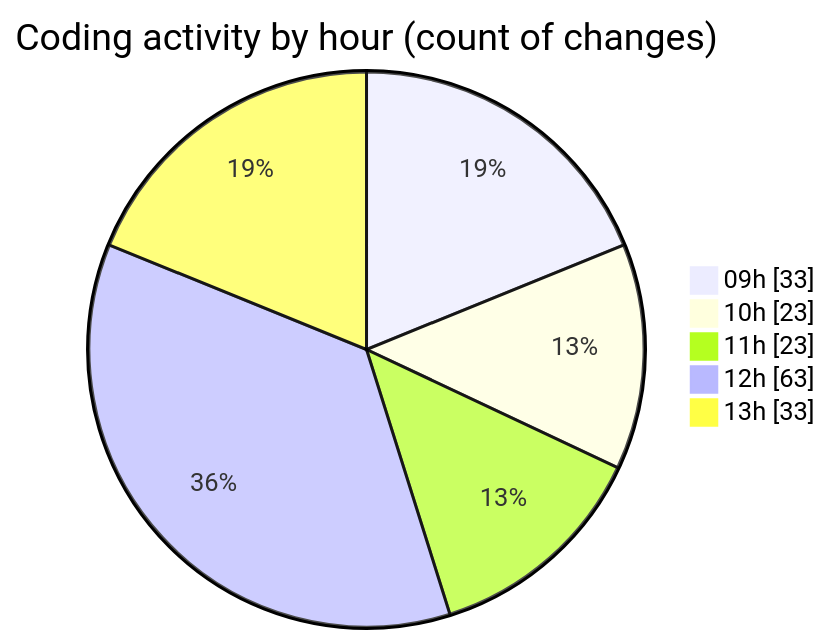
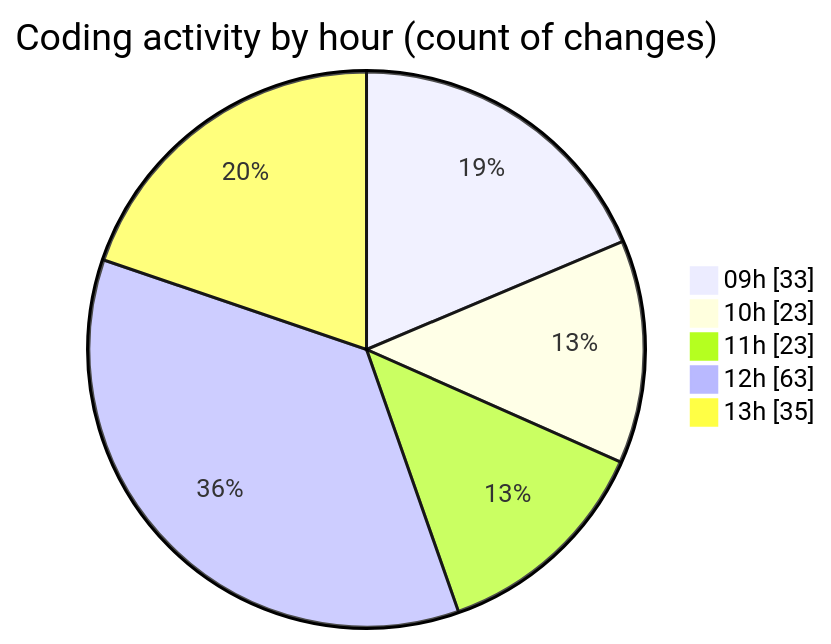
One commit to CELIANVF/code-tracking changed the second of 2 diagrams in 2025-05-20/ecodeli-1/README.md. Above: the diagram before and after it, drawn with Mermaid. The commit also changed other lines of this file and 1 other file, not shown here.

````diff
--- a/2025-05-20/ecodeli-1/README.md
+++ b/2025-05-20/ecodeli-1/README.md
@@ -95,9 +95,9 @@
 ```mermaid
 pie showData
 title Coding activity by hour (count of changes)
 "09h" : 33
 "10h" : 23
 "11h" : 23
 "12h" : 63
-"13h" : 33
+"13h" : 35
 ```
````
